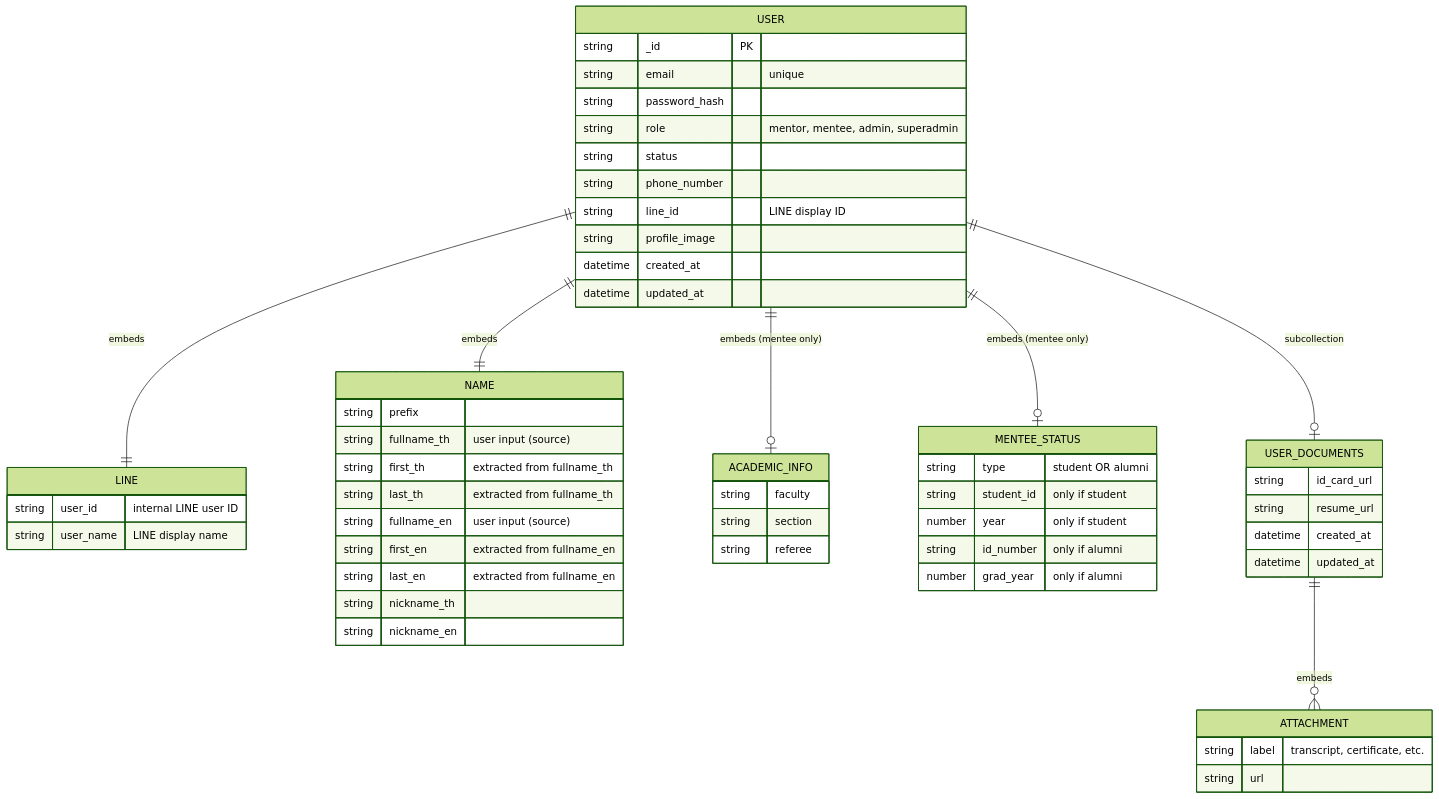
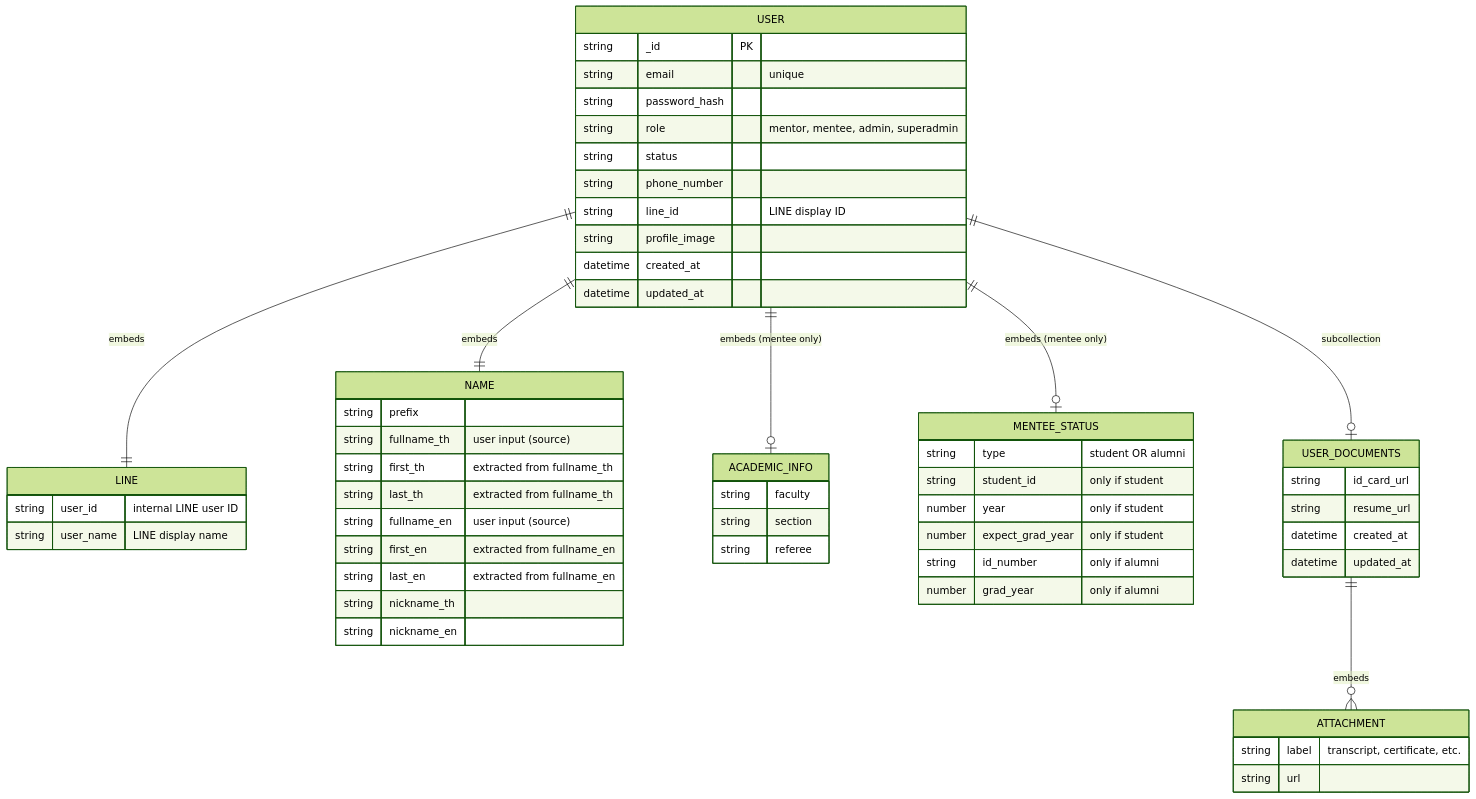
One commit to dhanavadh/wise-homework changed the first of 2 diagrams in week1_data-modeling/user-schema.md. Above: the diagram before and after it, drawn with Mermaid (forest theme). The commit also changed other lines of this file, not shown here.

Commit message:
add expect grad year

````diff
--- a/week1_data-modeling/user-schema.md
+++ b/week1_data-modeling/user-schema.md
@@ -6,65 +6,66 @@
 ```mermaid
 erDiagram
     USER {
         string _id PK
         string email "unique"
         string password_hash
         string role "mentor, mentee, admin, superadmin"
         string status
         string phone_number
         string line_id "LINE display ID"
         string profile_image
         datetime created_at
         datetime updated_at
     }
 
     LINE {
         string user_id "internal LINE user ID"
         string user_name "LINE display name"
     }
 
     NAME {
         string prefix
         string fullname_th "user input (source)"
         string first_th "extracted from fullname_th"
         string last_th "extracted from fullname_th"
         string fullname_en "user input (source)"
         string first_en "extracted from fullname_en"
         string last_en "extracted from fullname_en"
         string nickname_th
         string nickname_en
     }
 
     ACADEMIC_INFO {
         string faculty
         string section
         string referee
     }
 
     MENTEE_STATUS {
         string type "student OR alumni"
         string student_id "only if student"
         number year "only if student"
+        number expect_grad_year "only if student"
         string id_number "only if alumni"
         number grad_year "only if alumni"
     }
 
     USER_DOCUMENTS {
         string id_card_url
         string resume_url
         datetime created_at
         datetime updated_at
     }
 
     ATTACHMENT {
         string label "transcript, certificate, etc."
         string url
     }
 
     USER ||--|| LINE : "embeds"
     USER ||--|| NAME : "embeds"
     USER ||--o| ACADEMIC_INFO : "embeds (mentee only)"
     USER ||--o| MENTEE_STATUS : "embeds (mentee only)"
     USER ||--o| USER_DOCUMENTS : "subcollection"
     USER_DOCUMENTS ||--o{ ATTACHMENT : "embeds"
 ```
````
